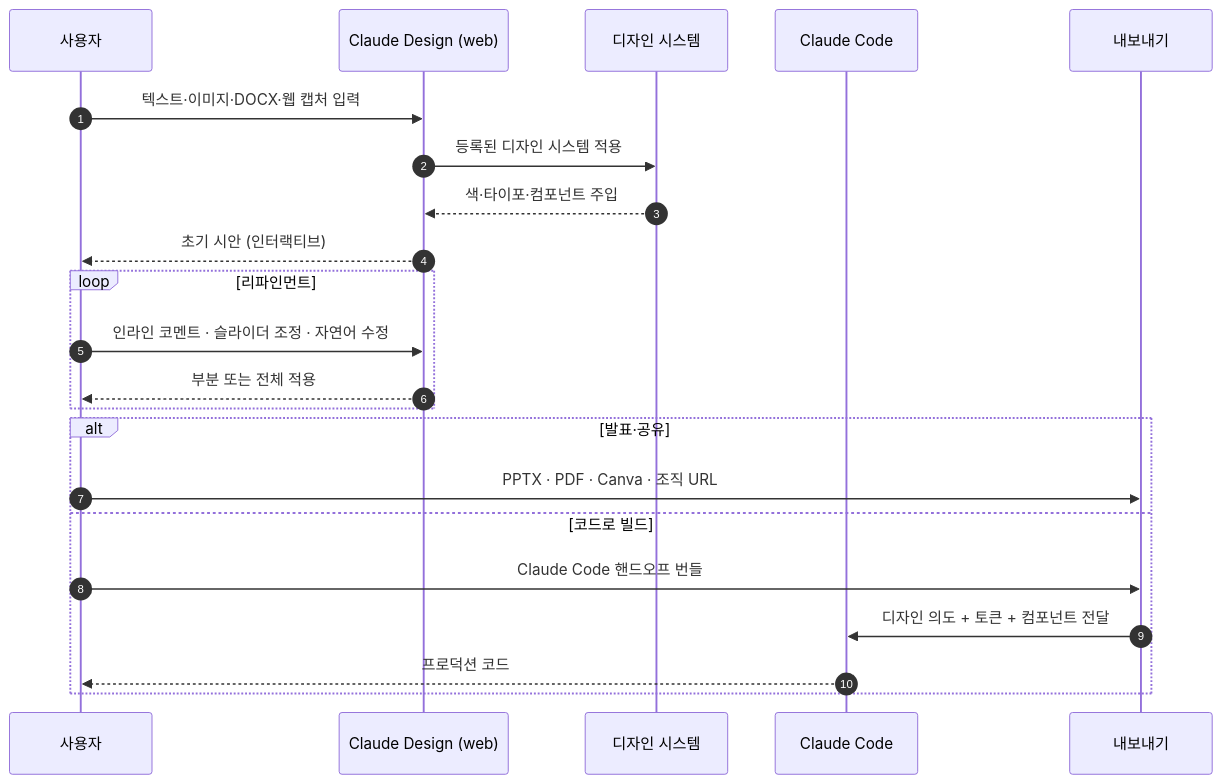
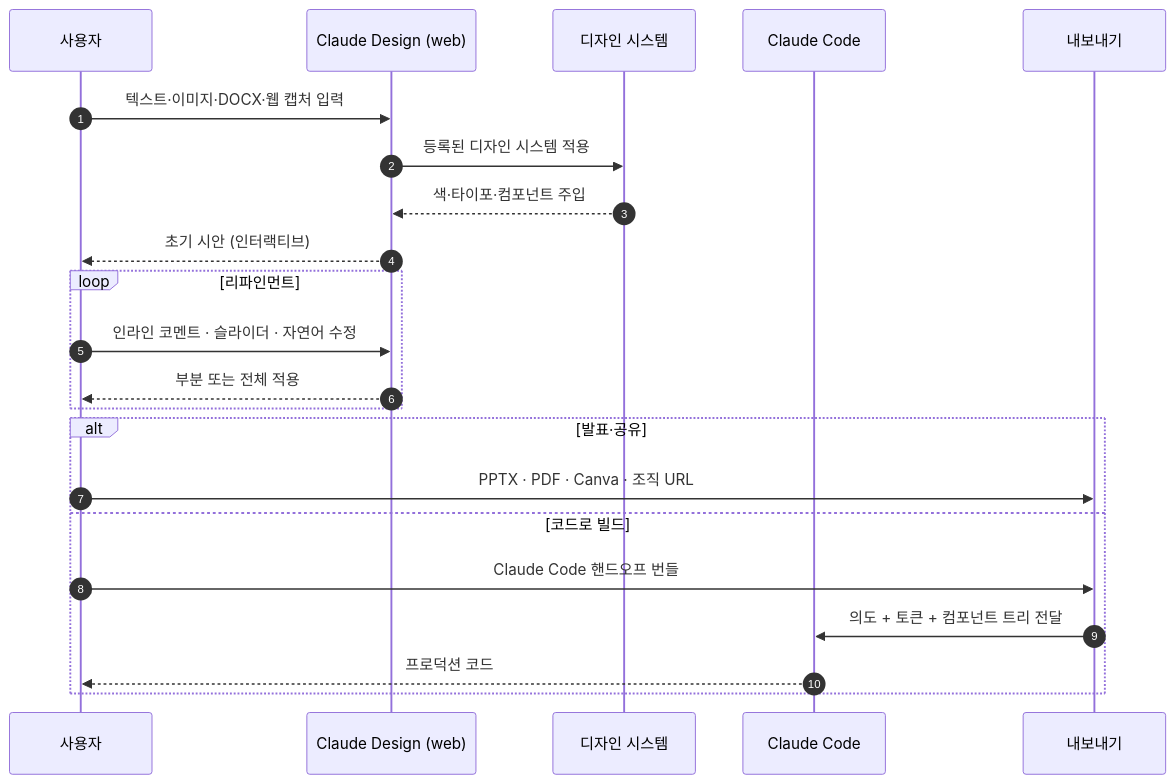
The second of 2 diagrams in content/claude-design/_index.md (modu-ai/claude), drawn with Mermaid before and after one commit. The commit also changed other lines of this file and 10 other files, not shown here.

````diff
--- a/content/claude-design/_index.md
+++ b/content/claude-design/_index.md
@@ -37,27 +57,27 @@
 ```mermaid
 sequenceDiagram
     autonumber
     participant U as 사용자
     participant CD as Claude Design (web)
     participant DS as 디자인 시스템
     participant CC as Claude Code
     participant OUT as 내보내기
 
     U->>CD: 텍스트·이미지·DOCX·웹 캡처 입력
     CD->>DS: 등록된 디자인 시스템 적용
     DS-->>CD: 색·타이포·컴포넌트 주입
     CD-->>U: 초기 시안 (인터랙티브)
 
     loop 리파인먼트
-        U->>CD: 인라인 코멘트 · 슬라이더 조정 · 자연어 수정
+        U->>CD: 인라인 코멘트 · 슬라이더 · 자연어 수정
         CD-->>U: 부분 또는 전체 적용
     end
 
     alt 발표·공유
         U->>OUT: PPTX · PDF · Canva · 조직 URL
     else 코드로 빌드
         U->>OUT: Claude Code 핸드오프 번들
-        OUT->>CC: 디자인 의도 + 토큰 + 컴포넌트 전달
+        OUT->>CC: 의도 + 토큰 + 컴포넌트 트리 전달
         CC-->>U: 프로덕션 코드
     end
 ```
````
